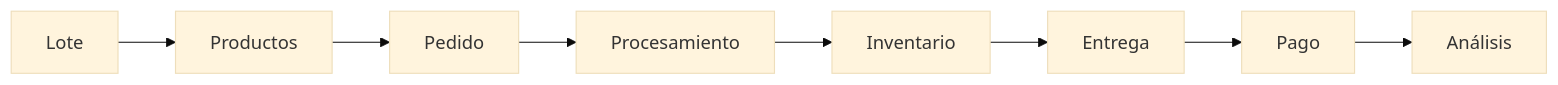
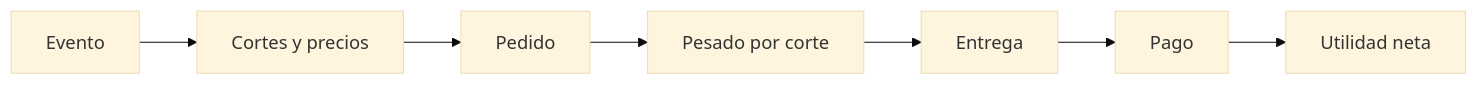
The third of 4 diagrams in README.md (BehLik/Arrax), drawn with Mermaid (base theme) before and after one commit. The commit also changed other lines of this file, not shown here.

````diff
--- a/README.md
+++ b/README.md
@@ -511,10 +523,9 @@
 ```mermaid
 flowchart LR
-    A["Lote"] --> B["Productos"]
+    A["Evento"] --> B["Cortes y precios"]
     B --> C["Pedido"]
-    C --> D["Procesamiento"]
-    D --> E["Inventario"]
-    E --> F["Entrega"]
-    F --> G["Pago"]
-    G --> H["Análisis"]
+    C --> D["Pesado por corte"]
+    D --> E["Entrega"]
+    E --> F["Pago"]
+    F --> G["Utilidad neta"]
 ```
````
